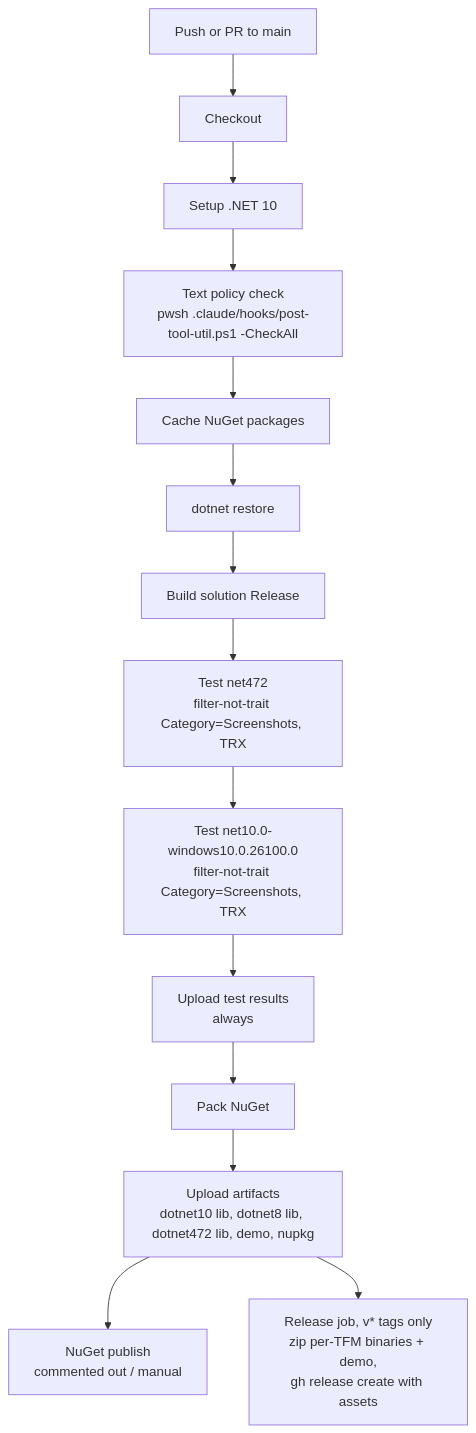
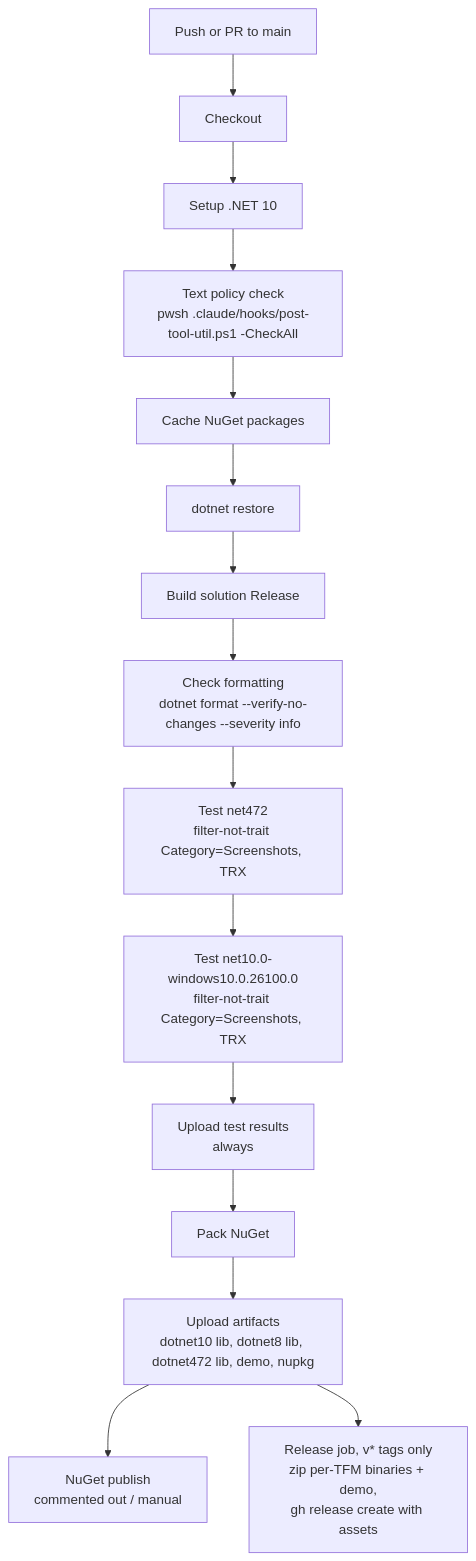
Before and after one commit to PSAppDeployToolkit/PSAppDeployToolkit: the diagram in AGENTS.md, drawn with Mermaid. The commit also changed other lines of this file and 211 other files, not shown here.

````diff
--- a/AGENTS.md
+++ b/AGENTS.md
@@ -331,16 +331,17 @@
 ```mermaid
 flowchart TD
     A[Push or PR to main] --> B[Checkout]
     B --> C[Setup .NET 10]
     C --> G[Text policy check<br/>pwsh .claude/hooks/post-tool-util.ps1 -CheckAll]
     G --> D[Cache NuGet packages]
     D --> E[dotnet restore]
     E --> H[Build solution Release]
-    H --> I[Test net472<br/>filter-not-trait Category=Screenshots, TRX]
+    H --> F["Check formatting<br/>dotnet format --verify-no-changes --severity info"]
+    F --> I[Test net472<br/>filter-not-trait Category=Screenshots, TRX]
     I --> J[Test net10.0-windows10.0.26100.0<br/>filter-not-trait Category=Screenshots, TRX]
     J --> K[Upload test results<br/>always]
     K --> L[Pack NuGet]
     L --> M[Upload artifacts<br/>dotnet10 lib, dotnet8 lib, dotnet472 lib, demo, nupkg]
     M --> N[NuGet publish<br/>commented out / manual]
     M --> R[Release job, v* tags only<br/>zip per-TFM binaries + demo,<br/>gh release create with assets]
 ```
````
